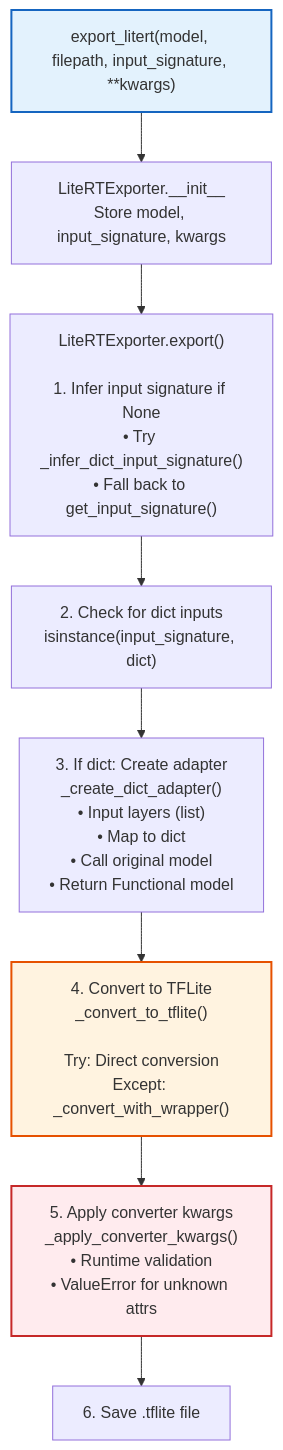
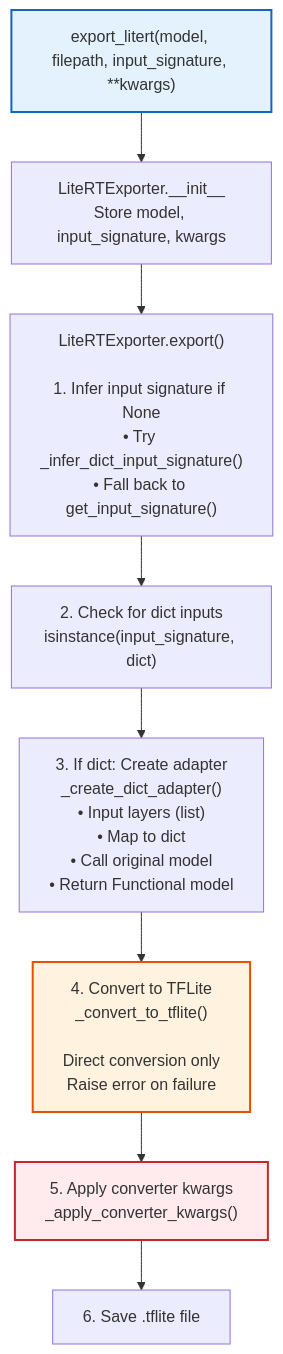
The second of 6 diagrams in LiteRT Export design doc reviewed.md (pctablet505/litert-export-docs), drawn with Mermaid before and after one commit. The commit also changed other lines of this file, not shown here.

````diff
--- a/LiteRT Export design doc reviewed.md
+++ b/LiteRT Export design doc reviewed.md
@@ -266,23 +265,23 @@
 ```mermaid
 flowchart TD
     A["export_litert(model, filepath, input_signature, **kwargs)"]
     B["LiteRTExporter.__init__<br/>Store model, input_signature, kwargs"]
     C["LiteRTExporter.export()<br/><br/>1. Infer input signature if None<br/>• Try _infer_dict_input_signature()<br/>• Fall back to get_input_signature()"]
     D["2. Check for dict inputs<br/>isinstance(input_signature, dict)"]
     E["3. If dict: Create adapter<br/>_create_dict_adapter()<br/>• Input layers (list)<br/>• Map to dict<br/>• Call original model<br/>• Return Functional model"]
-    F["4. Convert to TFLite<br/>_convert_to_tflite()<br/><br/>Try: Direct conversion<br/>Except: _convert_with_wrapper()"]
-    G["5. Apply converter kwargs<br/>_apply_converter_kwargs()<br/>• Runtime validation<br/>• ValueError for unknown attrs"]
+    F["4. Convert to TFLite<br/>_convert_to_tflite()<br/><br/>Direct conversion only<br/>Raise error on failure"]
+    G["5. Apply converter kwargs<br/>_apply_converter_kwargs()"]
     H["6. Save .tflite file"]
     
     A --> B
     B --> C
     C --> D
     D --> E
     E --> F
     F --> G
     G --> H
     
     style A fill:#e3f2fd,stroke:#1565c0,stroke-width:2px
     style F fill:#fff3e0,stroke:#e65100,stroke-width:2px
     style G fill:#ffebee,stroke:#c62828,stroke-width:2px
 ```
````
